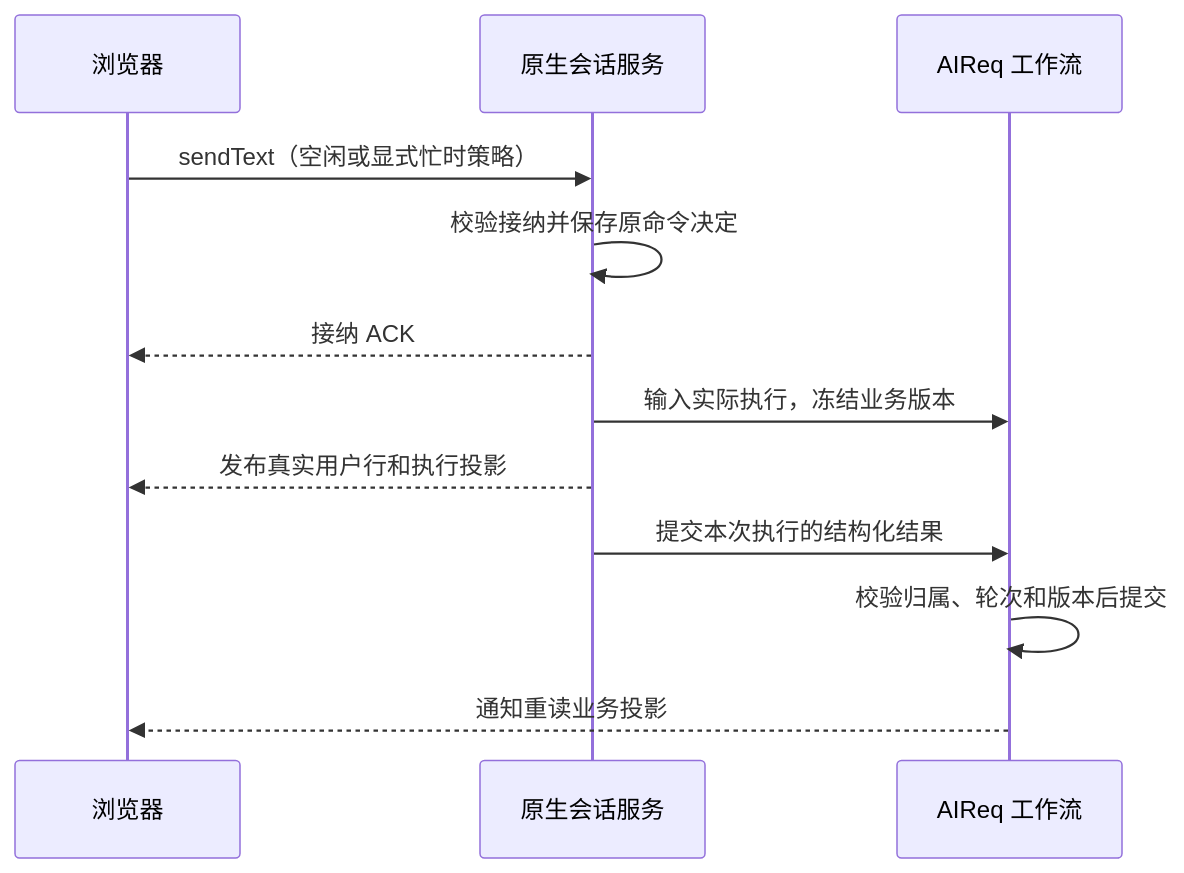
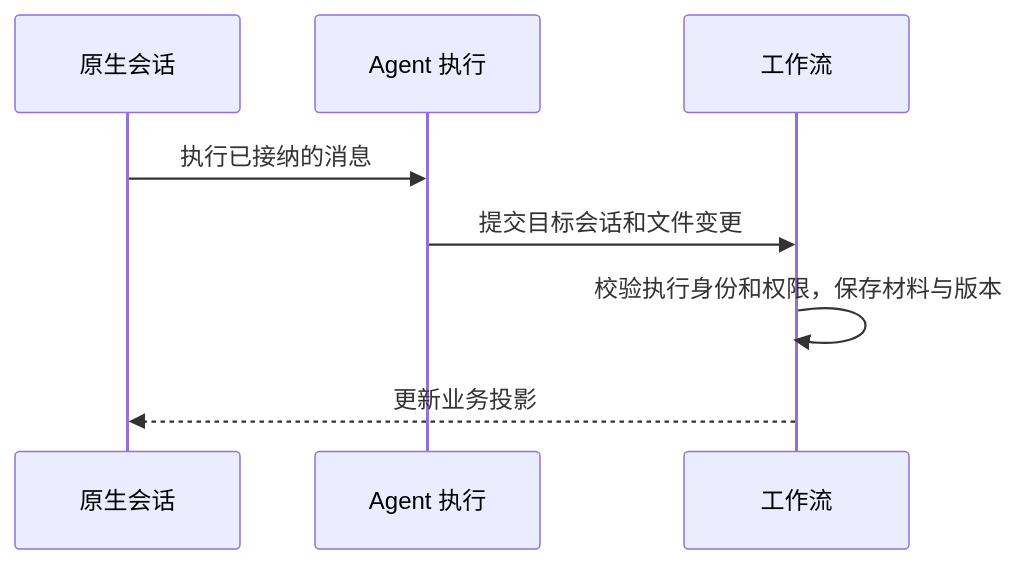
Before and after one commit to jchanghong023/ZCode: the diagram in docs/specs/aireq/conversation.md, drawn with Mermaid. The commit also changed other lines of this file and 126 other files, not shown here.

````diff
--- a/docs/specs/aireq/conversation.md
+++ b/docs/specs/aireq/conversation.md
@@ -69,14 +47,10 @@
 ```mermaid
 sequenceDiagram
-  participant W as 浏览器
-  participant S as 原生会话服务
-  participant F as AIReq 工作流
-  W->>S: sendText（空闲或显式忙时策略）
-  S->>S: 校验接纳并保存原命令决定
-  S-->>W: 接纳 ACK
-  S->>F: 输入实际执行，冻结业务版本
-  S-->>W: 发布真实用户行和执行投影
-  S->>F: 提交本次执行的结构化结果
-  F->>F: 校验归属、轮次和版本后提交
-  F-->>W: 通知重读业务投影
+  participant C as 原生会话
+  participant A as Agent 执行
+  participant W as 工作流
+  C->>A: 执行已接纳的消息
+  A->>W: 提交目标会话和文件变更
+  W->>W: 校验执行身份和权限，保存材料与版本
+  W-->>C: 更新业务投影
 ```
````
